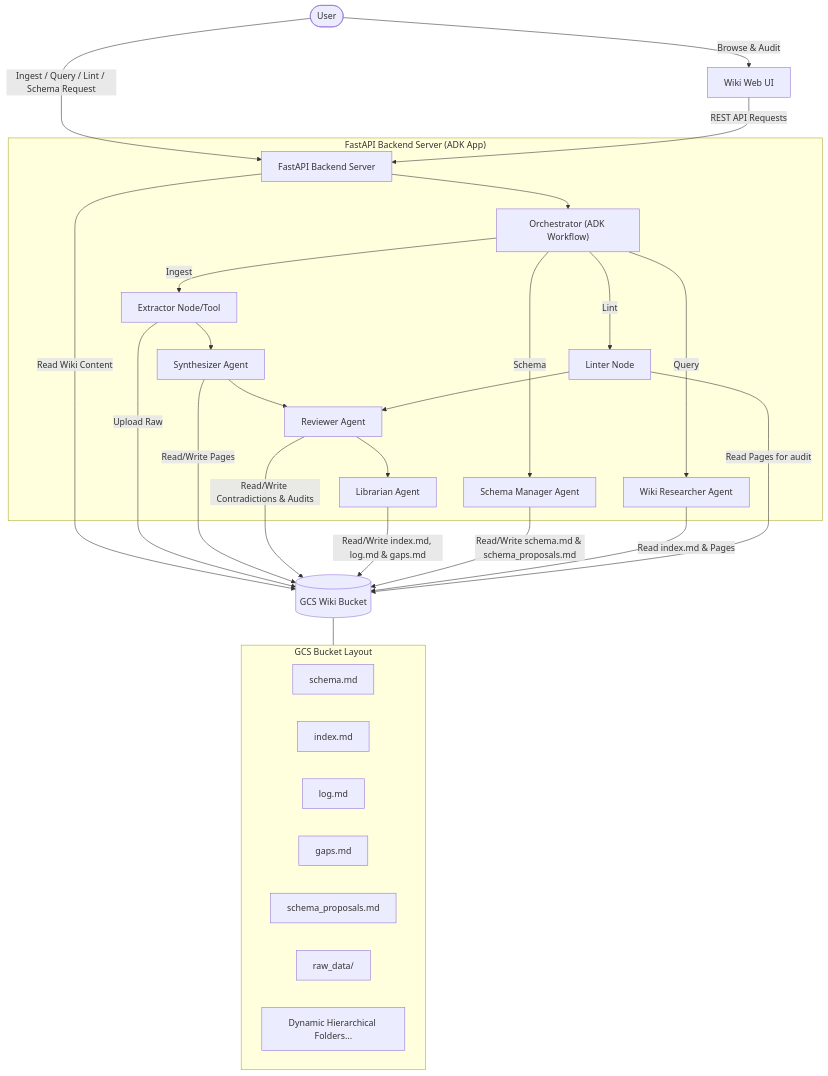
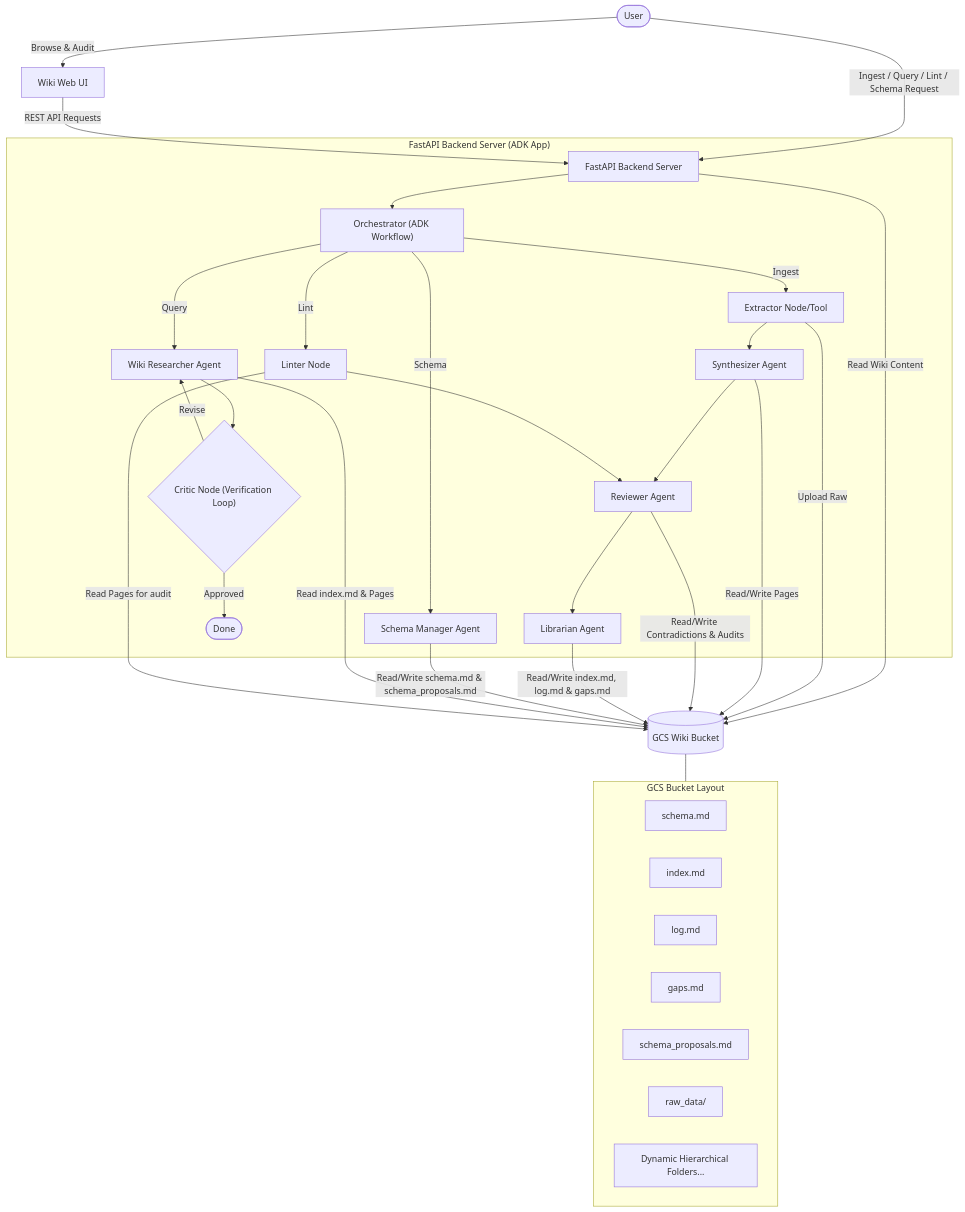
The first of 4 diagrams in README.md (aagardezi/agentwiki-adk), drawn with Mermaid before and after one commit. The commit also changed other lines of this file and 9 other files, not shown here.

First line of the commit message:
Implement dynamic skills system, response verification critic loop, and update documentation.

````diff
--- a/README.md
+++ b/README.md
@@ -46,44 +47,47 @@
 ```mermaid
 graph TD
     User([User]) -->|Browse & Audit| UI["Wiki Web UI"]
     User -->|Ingest / Query / Lint / Schema Request| Server["FastAPI Backend Server"]
 
     UI -->|REST API Requests| Server
     Server -->|Read Wiki Content| GCS[(GCS Wiki Bucket)]
 
     subgraph backend ["FastAPI Backend Server (ADK App)"]
         Server --> Orch["Orchestrator (ADK Workflow)"]
 
         Orch -->|Ingest| Extractor["Extractor Node/Tool"]
         Extractor --> Synth["Synthesizer Agent"]
         Synth --> Rev["Reviewer Agent"]
         Rev --> Lib["Librarian Agent"]
 
         Orch -->|Query| Res["Wiki Researcher Agent"]
+        Res --> run_critic{"Critic Node (Verification Loop)"}
+        run_critic -->|Revise| Res
+        run_critic -->|Approved| END([Done])
 
         Orch -->|Schema| SchemaMgr["Schema Manager Agent"]
 
         Orch -->|Lint| Linter["Linter Node"]
         Linter --> Rev
     end
 
     Extractor -->|Upload Raw| GCS
     Synth -->|Read/Write Pages| GCS
     Rev -->|Read/Write Contradictions & Audits| GCS
     Lib -->|Read/Write index.md, log.md & gaps.md| GCS
     SchemaMgr -->|Read/Write schema.md & schema_proposals.md| GCS
     Res -->|Read index.md & Pages| GCS
     Linter -->|Read Pages for audit| GCS
 
     subgraph gcs_bucket ["GCS Bucket Layout"]
         schema[schema.md]
         index[index.md]
         log[log.md]
         gaps[gaps.md]
         proposals[schema_proposals.md]
         raw_data[raw_data/]
         hierarchy[Dynamic Hierarchical Folders...]
     end
 
     GCS --- gcs_bucket
 ```
````
